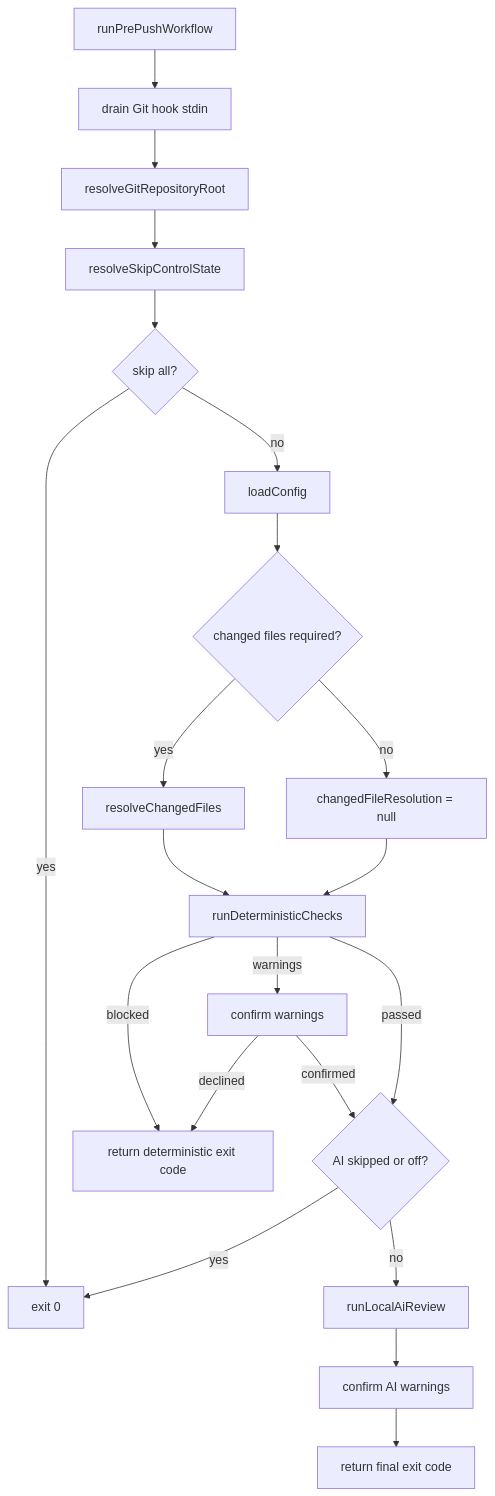
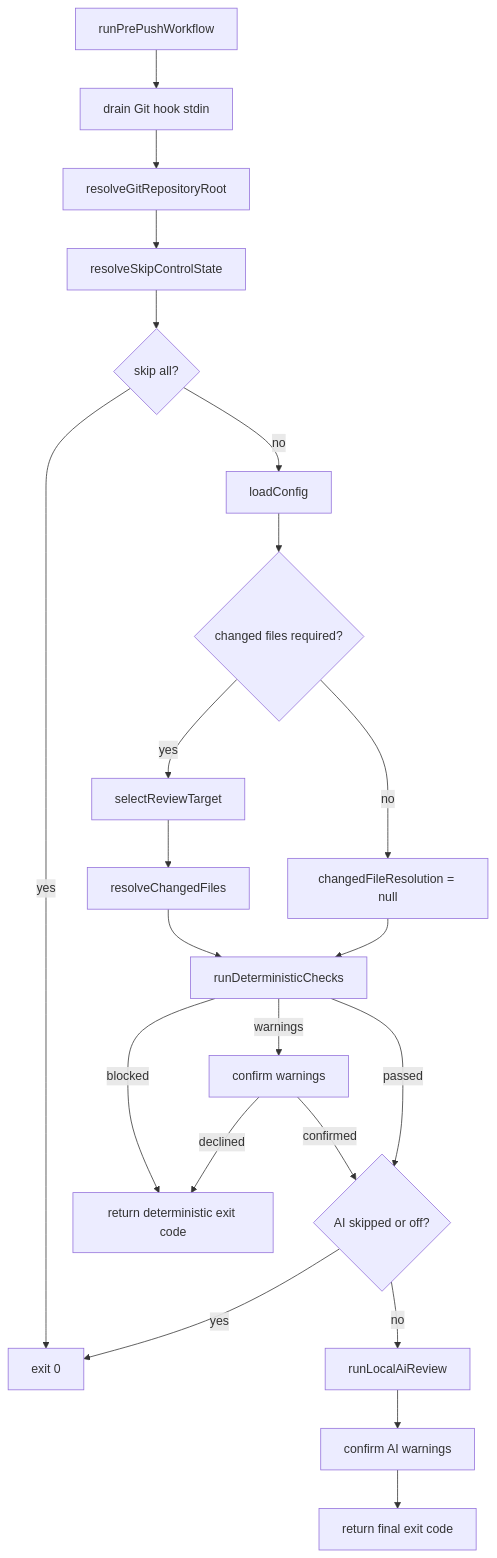
One commit to rootstrap/ai-pushgate changed the second of 3 diagrams in docs/architecture/runtime-flow.md. Above: the diagram before and after it, drawn with Mermaid. The commit also changed other lines of this file and 25 other files, not shown here.

First line of the commit message:
Add explicit review target selection (#78)

````diff
--- a/docs/architecture/runtime-flow.md
+++ b/docs/architecture/runtime-flow.md
@@ -54,23 +54,24 @@
 ```mermaid
 flowchart TD
   Start["runPrePushWorkflow"] --> Drain["drain Git hook stdin"]
   Drain --> Repo["resolveGitRepositoryRoot"]
   Repo --> Skip["resolveSkipControlState"]
   Skip --> ConfigDecision{"skip all?"}
   ConfigDecision -->|yes| Done0["exit 0"]
   ConfigDecision -->|no| Config["loadConfig"]
   Config --> Changed{"changed files required?"}
-  Changed -->|yes| Path["resolveChangedFiles"]
+  Changed -->|yes| Target["selectReviewTarget"]
+  Target --> Path["resolveChangedFiles"]
   Changed -->|no| NoPath["changedFileResolution = null"]
   Path --> Det["runDeterministicChecks"]
   NoPath --> Det
   Det -->|blocked| Done1["return deterministic exit code"]
   Det -->|warnings| Confirm1["confirm warnings"]
   Confirm1 -->|declined| Done1
   Confirm1 -->|confirmed| AIGate{"AI skipped or off?"}
   Det -->|passed| AIGate
   AIGate -->|yes| Done0
   AIGate -->|no| AI["runLocalAiReview"]
   AI --> Confirm2["confirm AI warnings"]
   Confirm2 --> DoneAI["return final exit code"]
 ```
````
